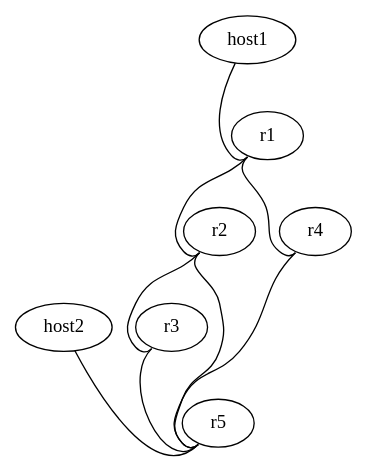
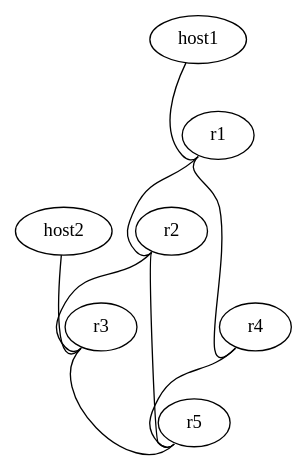
The diagram in vx-vbox-simulation/cumulus-segment-routing.dot (chronot1995/cumulus-segment-routing), drawn with Graphviz before and after one commit. The commit also changed 8 other files, not shown here.

```diff
--- a/vx-vbox-simulation/cumulus-segment-routing.dot
+++ b/vx-vbox-simulation/cumulus-segment-routing.dot
@@ -1,19 +1,19 @@
 graph training {
  "r1" [function="leaf" os="CumulusCommunity/cumulus-vx" version="3.7.8" memory="1024" config="./helper_scripts/extra_switch_config.sh" mgmt_ip="192.168.200.1"]
  "r2" [function="leaf" os="CumulusCommunity/cumulus-vx" version="3.7.8" memory="1024" config="./helper_scripts/extra_switch_config.sh" mgmt_ip="192.168.200.2"]
  "r3" [function="leaf" os="CumulusCommunity/cumulus-vx" version="3.7.8" memory="1024" config="./helper_scripts/extra_switch_config.sh" mgmt_ip="192.168.200.3"]
  "r4" [function="leaf" os="CumulusCommunity/cumulus-vx" version="3.7.8" memory="1024" config="./helper_scripts/extra_switch_config.sh" mgmt_ip="192.168.200.4"]
  "r5" [function="leaf" os="CumulusCommunity/cumulus-vx" version="3.7.8" memory="1024" config="./helper_scripts/extra_switch_config.sh" mgmt_ip="192.168.200.5"]
  "host1" [function="host" os="generic/ubuntu1804" memory="768" config="./helper_scripts/extra_server_config.sh" mgmt_ip="192.168.200.11"]
  "host2" [function="host" os="generic/ubuntu1804" memory="768" config="./helper_scripts/extra_server_config.sh" mgmt_ip="192.168.200.12"]
 
  "r1":"swp2" -- "r2":"swp1"
  "r1":"swp4" -- "r4":"swp1"
  "r2":"swp3" -- "r3":"swp2"
  "r2":"swp5" -- "r5":"swp2"
  "r3":"swp5" -- "r5":"swp3"
  "r4":"swp5" -- "r5":"swp4"
  "host1":"eth1" -- "r1":"swp10"
- "host2":"eth1" -- "r5":"swp10"
+ "host2":"eth1" -- "r3":"swp10"
 
  }
```
